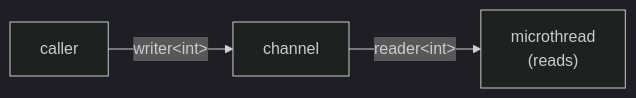
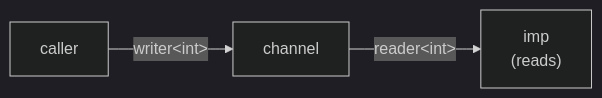
Before and after one commit to marcelocantos/csp: the second of 6 diagrams in docs/guide/05-combinators.md, drawn with Mermaid (dark theme). The commit also changed other lines of this file and 132 other files, not shown here.

First line of the commit message:
Rename "microthread" → "imp" across the entire codebase

````diff
--- a/docs/guide/05-combinators.md
+++ b/docs/guide/05-combinators.md
@@ -98,5 +98,5 @@
 ```mermaid
 graph LR
     YOU["caller"] -->|writer&lt;int&gt;| CH["channel"]
-    CH -->|reader&lt;int&gt;| MT["microthread<br/>(reads)"]
+    CH -->|reader&lt;int&gt;| MT["imp<br/>(reads)"]
 ```
````
